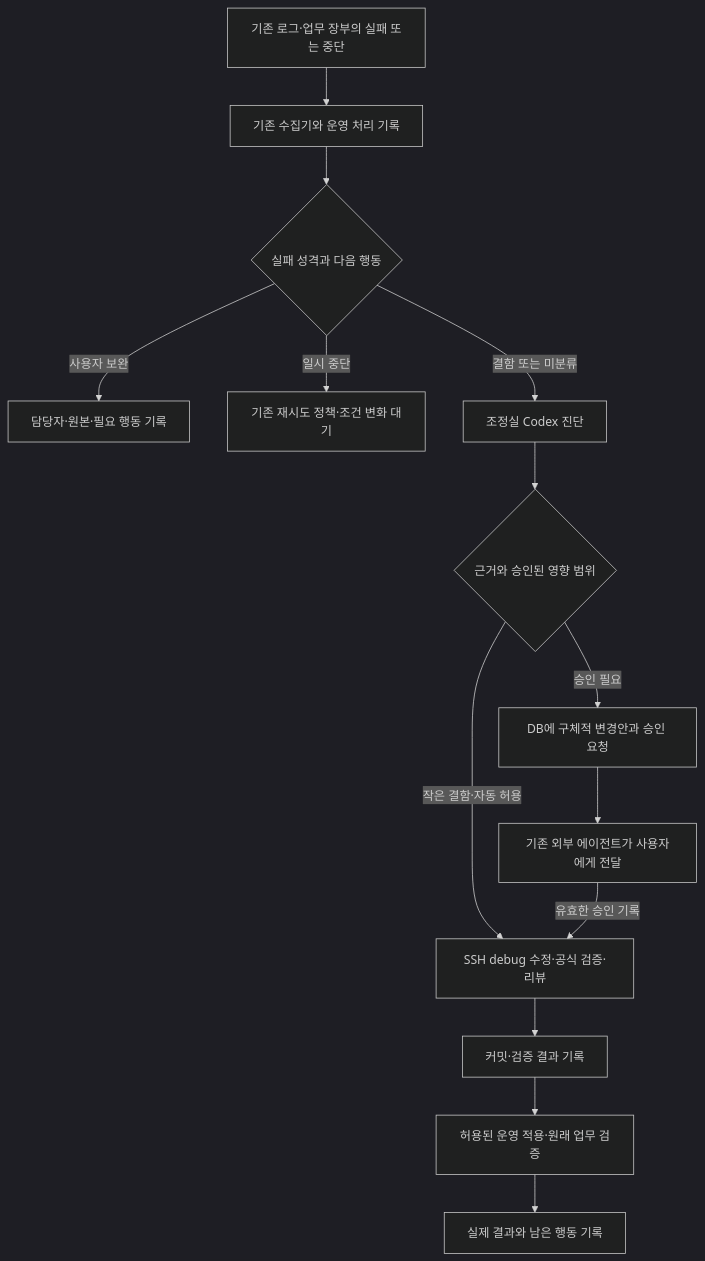
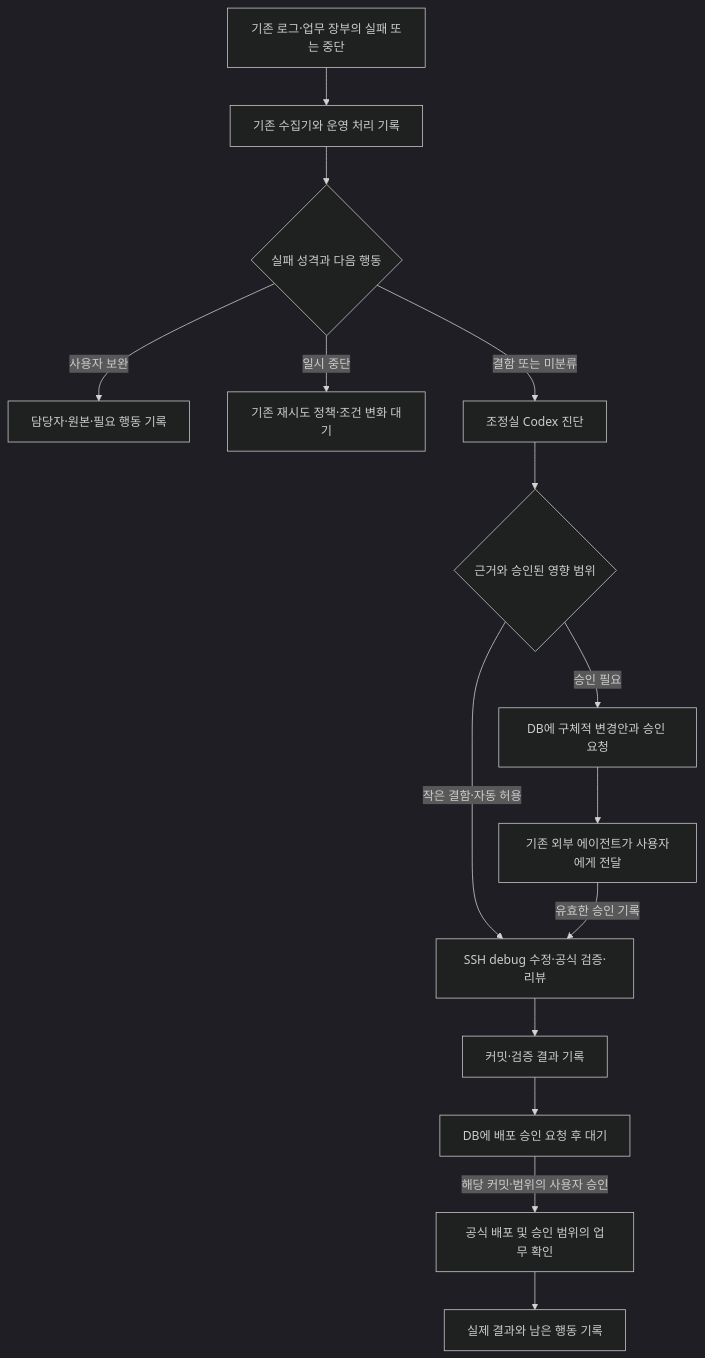
One commit to chaconne67/controlroom changed the diagram in exdigm/docs/operational-error-triage-repair-policy-20260918.md. Above: the diagram before and after it, drawn with Mermaid (dark theme). The commit also changed other lines of this file and 2 other files, not shown here.

````diff
--- a/exdigm/docs/operational-error-triage-repair-policy-20260918.md
+++ b/exdigm/docs/operational-error-triage-repair-policy-20260918.md
@@ -143,16 +203,17 @@
 ```mermaid
 flowchart TD
     A[기존 로그·업무 장부의 실패 또는 중단] --> B[기존 수집기와 운영 처리 기록]
     B --> C{실패 성격과 다음 행동}
     C -->|사용자 보완| D[담당자·원본·필요 행동 기록]
     C -->|일시 중단| E[기존 재시도 정책·조건 변화 대기]
     C -->|결함 또는 미분류| F[조정실 Codex 진단]
     F --> G{근거와 승인된 영향 범위}
     G -->|작은 결함·자동 허용| H[SSH debug 수정·공식 검증·리뷰]
     G -->|승인 필요| I[DB에 구체적 변경안과 승인 요청]
     I --> J[기존 외부 에이전트가 사용자에게 전달]
     J -->|유효한 승인 기록| H
     H --> K[커밋·검증 결과 기록]
-    K --> L[허용된 운영 적용·원래 업무 검증]
-    L --> M[실제 결과와 남은 행동 기록]
+    K --> L[DB에 배포 승인 요청 후 대기]
+    L -->|해당 커밋·범위의 사용자 승인| M[공식 배포 및 승인 범위의 업무 확인]
+    M --> N[실제 결과와 남은 행동 기록]
 ```
````
